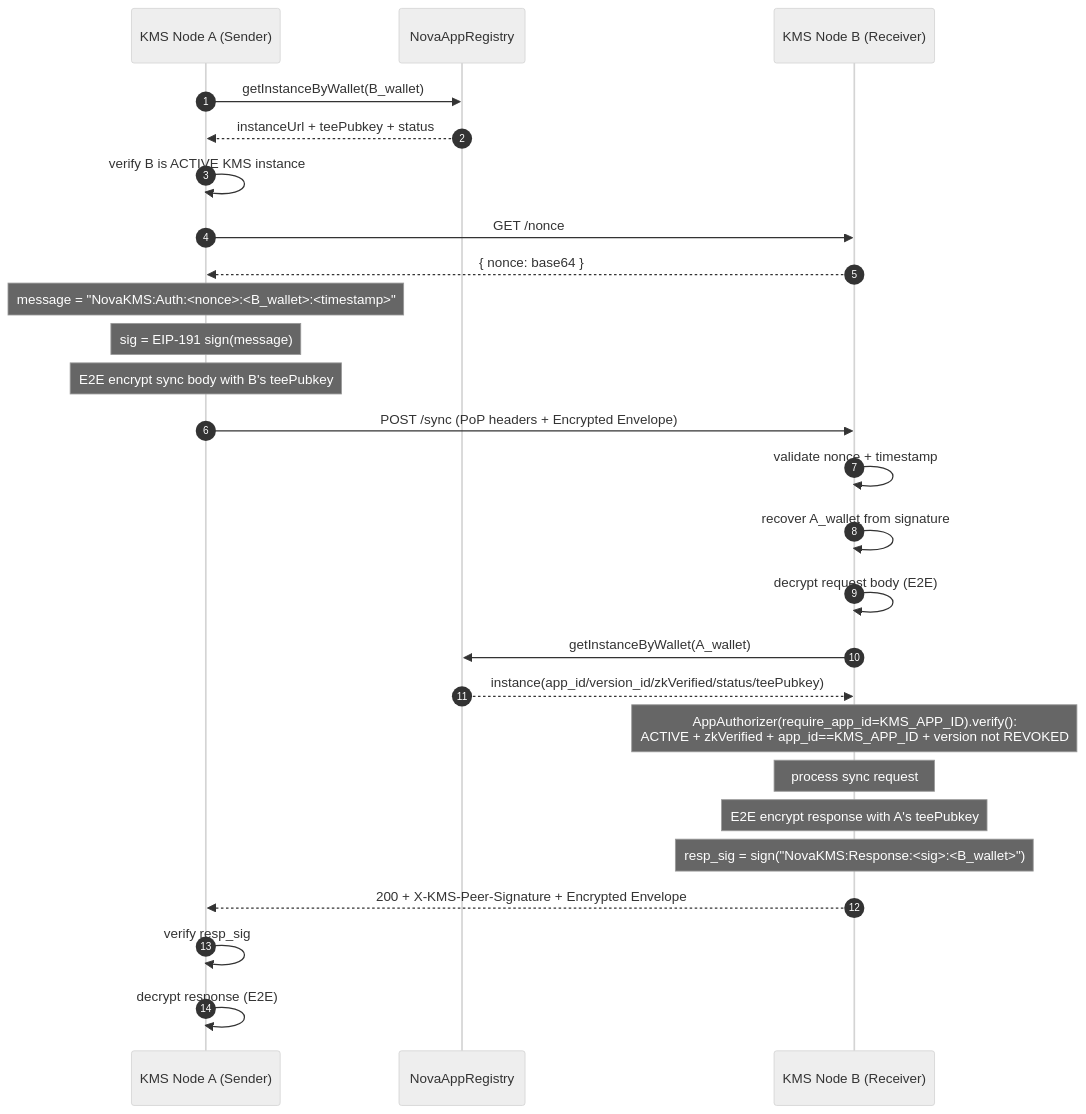
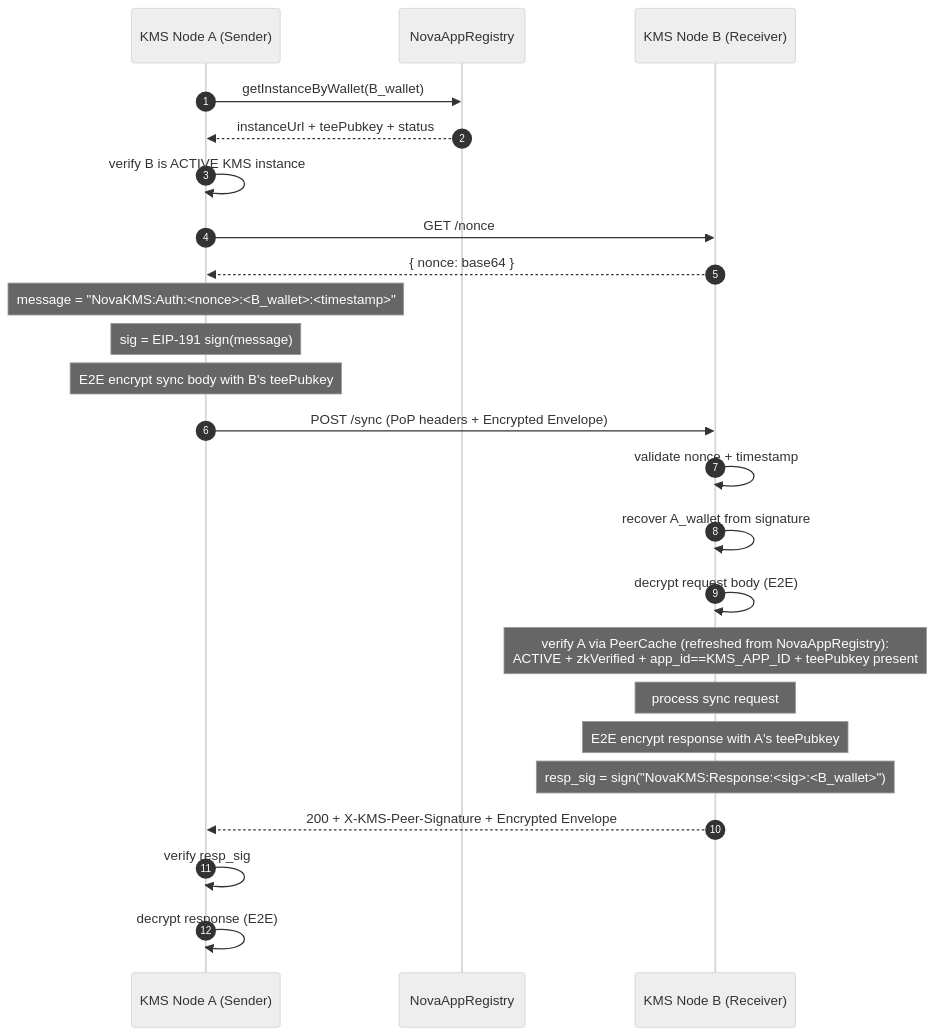
One commit to sparsity-xyz/nova-kms changed the second of 2 diagrams in docs/app-to-kms-connection.md. Above: the diagram before and after it, drawn with Mermaid (neutral theme). The commit also changed other lines of this file and 11 other files, not shown here.

````diff
--- a/docs/app-to-kms-connection.md
+++ b/docs/app-to-kms-connection.md
@@ -248,37 +248,34 @@
 ```mermaid
 sequenceDiagram
   autonumber
   participant KMS_A as KMS Node A (Sender)
   participant Chain as NovaAppRegistry
   participant KMS_B as KMS Node B (Receiver)
 
   KMS_A->>Chain: getInstanceByWallet(B_wallet)
   Chain-->>KMS_A: instanceUrl + teePubkey + status
   KMS_A->>KMS_A: verify B is ACTIVE KMS instance
 
   KMS_A->>KMS_B: GET /nonce
   KMS_B-->>KMS_A: { nonce: base64 }
 
   Note over KMS_A: message = "NovaKMS:Auth:<nonce>:<B_wallet>:<timestamp>"
   Note over KMS_A: sig = EIP-191 sign(message)
   Note over KMS_A: E2E encrypt sync body with B's teePubkey
 
   KMS_A->>KMS_B: POST /sync (PoP headers + Encrypted Envelope)
 
   KMS_B->>KMS_B: validate nonce + timestamp
   KMS_B->>KMS_B: recover A_wallet from signature
   KMS_B->>KMS_B: decrypt request body (E2E)
 
-  KMS_B->>Chain: getInstanceByWallet(A_wallet)
-  Chain-->>KMS_B: instance(app_id/version_id/zkVerified/status/teePubkey)
-
-  Note over KMS_B: AppAuthorizer(require_app_id=KMS_APP_ID).verify():<br/>ACTIVE + zkVerified + app_id==KMS_APP_ID + version not REVOKED
+  Note over KMS_B: verify A via PeerCache (refreshed from NovaAppRegistry):<br/>ACTIVE + zkVerified + app_id==KMS_APP_ID + teePubkey present
 
   Note over KMS_B: process sync request
   Note over KMS_B: E2E encrypt response with A's teePubkey
   Note over KMS_B: resp_sig = sign("NovaKMS:Response:<sig>:<B_wallet>")
 
   KMS_B-->>KMS_A: 200 + X-KMS-Peer-Signature + Encrypted Envelope
   KMS_A->>KMS_A: verify resp_sig
   KMS_A->>KMS_A: decrypt response (E2E)
 ```
````
